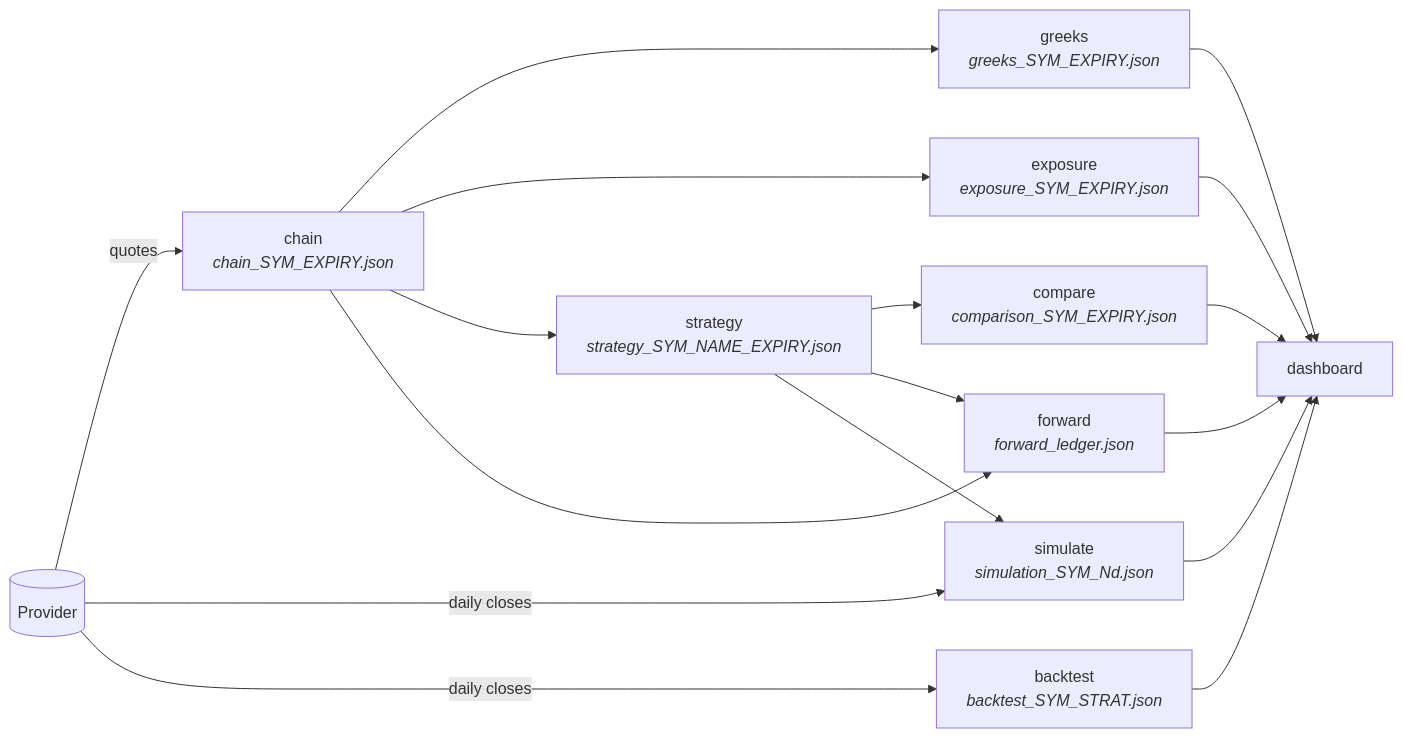
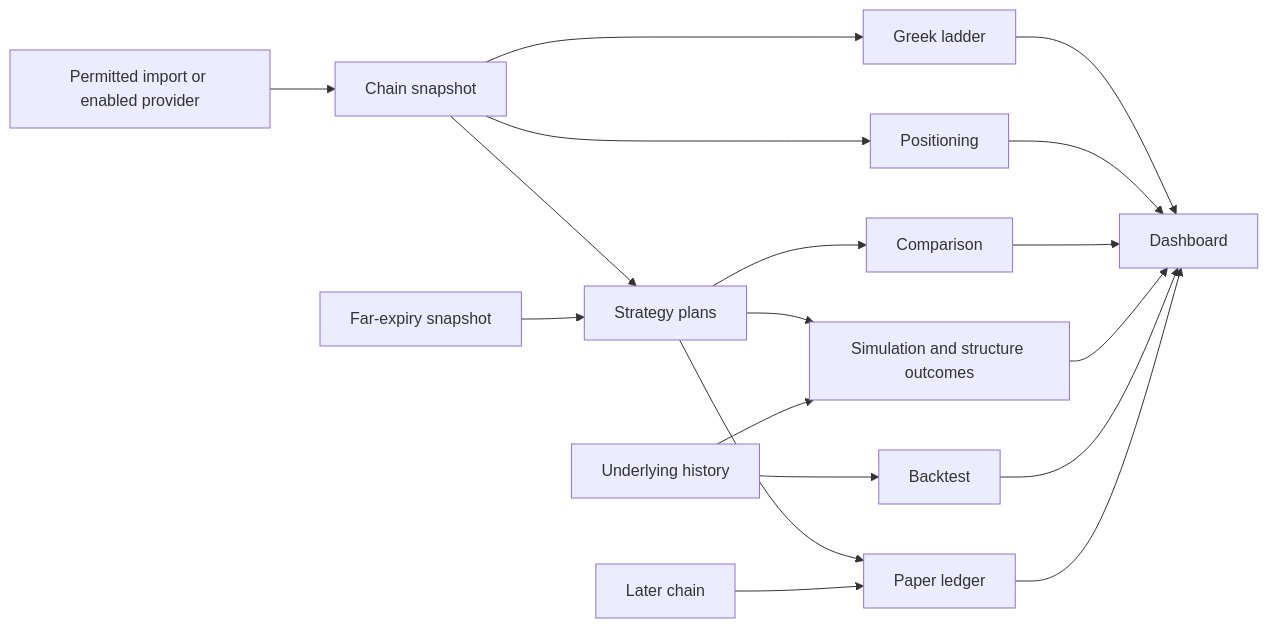
The fourth of 9 diagrams in docs/wiki/Architecture.md (Iman/agent-driven-options-desk-and-skills), drawn with Mermaid before and after one commit. The commit also changed other lines of this file and 51 other files, not shown here.

Commit message:
Refresh architecture diagrams and document the research algorithm

````diff
--- a/docs/wiki/Architecture.md
+++ b/docs/wiki/Architecture.md
@@ -175,21 +141,20 @@
 ```mermaid
 flowchart LR
-    provider[("Provider")] -->|quotes| chain["chain<br/><i>chain_SYM_EXPIRY.json</i>"]
-    provider -->|daily closes| sim["simulate<br/><i>simulation_SYM_Nd.json</i>"]
-    provider -->|daily closes| bt["backtest<br/><i>backtest_SYM_STRAT.json</i>"]
-
-    chain --> greeks["greeks<br/><i>greeks_SYM_EXPIRY.json</i>"]
-    chain --> exposure["exposure<br/><i>exposure_SYM_EXPIRY.json</i>"]
-    chain --> strategy["strategy<br/><i>strategy_SYM_NAME_EXPIRY.json</i>"]
-    strategy --> compare["compare<br/><i>comparison_SYM_EXPIRY.json</i>"]
-    strategy --> forward["forward<br/><i>forward_ledger.json</i>"]
-    chain --> forward
-    strategy --> sim
-
-    greeks --> dash["dashboard"]
+    input["Permitted import or enabled provider"] --> chain["Chain snapshot"]
+    chain --> greeks["Greek ladder"]
+    chain --> exposure["Positioning"]
+    chain --> strategy["Strategy plans"]
+    far["Far-expiry snapshot"] --> strategy
+    strategy --> compare["Comparison"]
+    strategy --> forward["Paper ledger"]
+    later["Later chain"] --> forward
+    strategy --> sim["Simulation and structure outcomes"]
+    history["Underlying history"] --> sim
+    history --> bt["Backtest"]
+    greeks --> dash["Dashboard"]
     exposure --> dash
     compare --> dash
     sim --> dash
     bt --> dash
     forward --> dash
 ```
````
